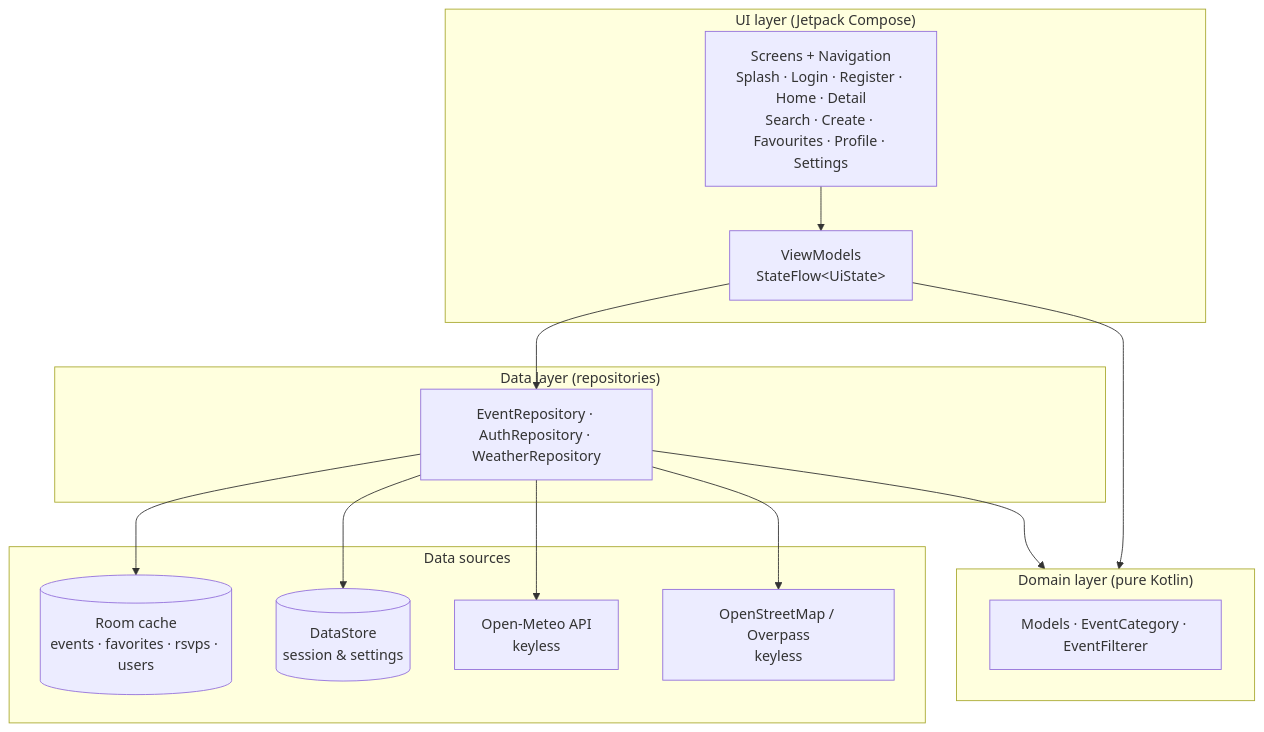
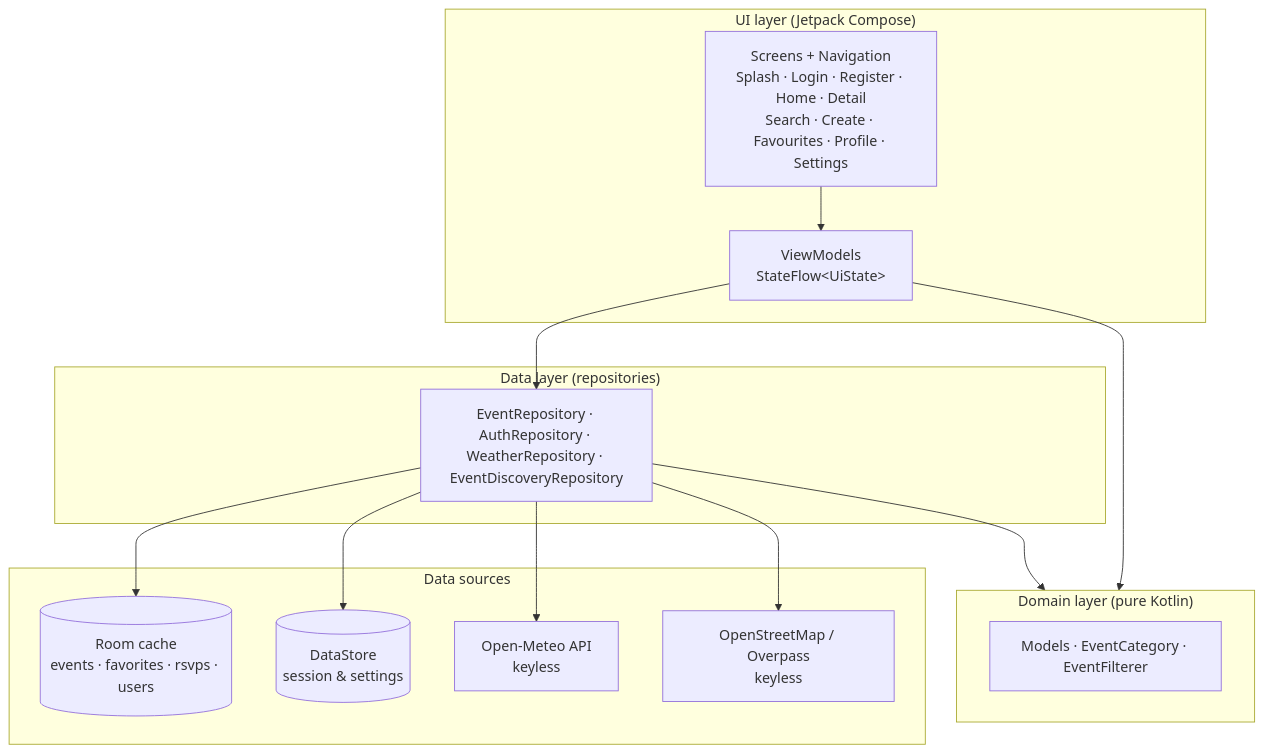
The first of 3 diagrams in README.md (Zulfique/eventfinder-south-africa), drawn with Mermaid before and after one commit. The commit also changed other lines of this file and 1 other file, not shown here.

````diff
--- a/README.md
+++ b/README.md
@@ -103,31 +103,31 @@
 ```mermaid
 flowchart TB
     subgraph UI["UI layer (Jetpack Compose)"]
         Screens["Screens + Navigation<br/>Splash · Login · Register · Home · Detail<br/>Search · Create · Favourites · Profile · Settings"]
         VMs["ViewModels<br/>StateFlow&lt;UiState&gt;"]
     end
 
     subgraph Domain["Domain layer (pure Kotlin)"]
         Models["Models · EventCategory · EventFilterer"]
     end
 
     subgraph Data["Data layer (repositories)"]
-        Repos["EventRepository · AuthRepository · WeatherRepository"]
+        Repos["EventRepository · AuthRepository · WeatherRepository · EventDiscoveryRepository"]
     end
 
     subgraph Sources["Data sources"]
         Room[("Room cache<br/>events · favorites · rsvps · users")]
         DS[("DataStore<br/>session & settings")]
         OM["Open-Meteo API<br/>keyless"]
         OSM["OpenStreetMap / Overpass<br/>keyless"]
     end
 
     Screens --> VMs
     VMs --> Repos
     VMs --> Domain
     Repos --> Domain
     Repos --> Room
     Repos --> DS
     Repos --> OM
     Repos --> OSM
 ```
````
